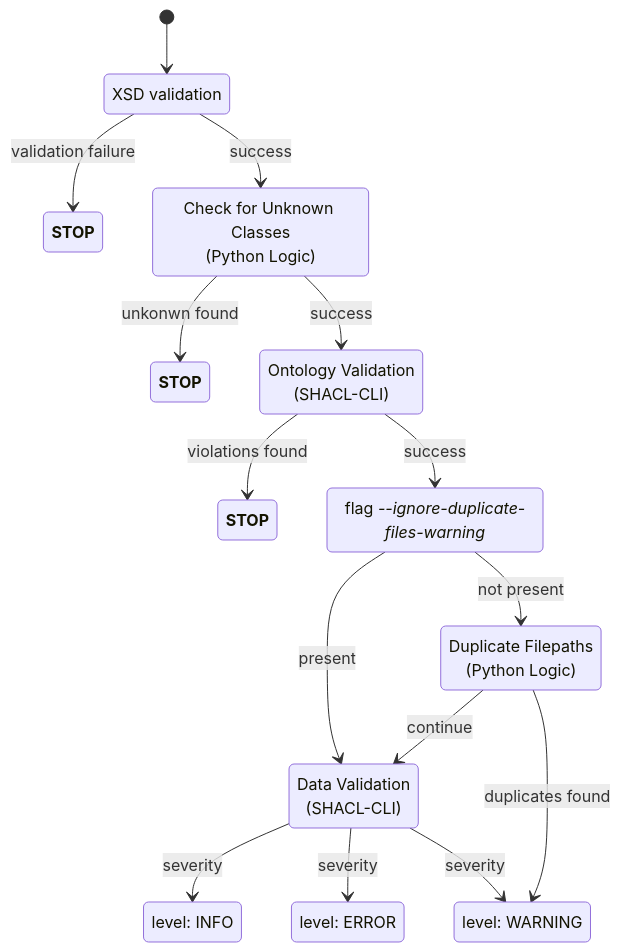
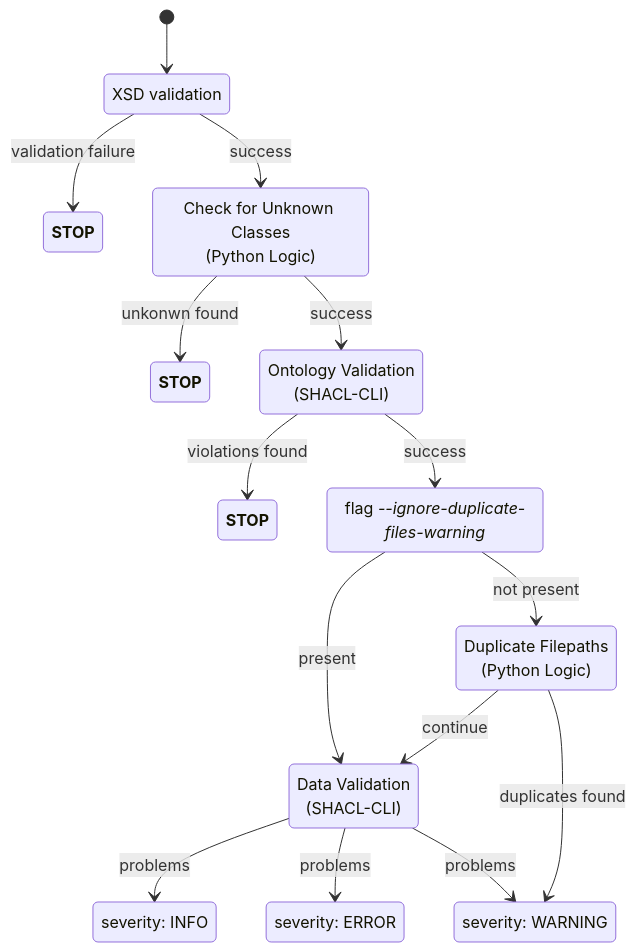
One commit to dasch-swiss/dsp-tools changed the fourth of 4 diagrams in docs/developers/architecture.md. Above: the diagram before and after it, drawn with Mermaid.

````diff
--- a/docs/developers/architecture.md
+++ b/docs/developers/architecture.md
@@ -138,31 +138,31 @@
 ```mermaid
 stateDiagram-v2
 
 state "XSD validation" as XSD
 state "<b>STOP<b>" as stopXSD
 state "Check for Unknown Classes<br>(Python Logic)" as unknownCls
 state "<b>STOP<b>" as stopUnknown
 state "Ontology Validation<br>(SHACL-CLI)" as ontoVal
 state "<b>STOP<b>" as ontoViolation
 state "flag <em>--ignore-duplicate-files-warning<em>" as ignoreF
 state "Duplicate Filepaths<br>(Python Logic)" as duplicFile
-state "level: WARNING" as warning
-state "level: INFO" as info
-state "level: ERROR" as err
+state "severity: WARNING" as warning
+state "severity: INFO" as info
+state "severity: ERROR" as err
 state "Data Validation<br>(SHACL-CLI)" as dataSH
 
     [*] --> XSD
     XSD --> stopXSD: validation failure
     XSD --> unknownCls: success
     unknownCls --> stopUnknown: unkonwn found
     unknownCls --> ontoVal: success
     ontoVal --> ontoViolation: violations found
     ontoVal --> ignoreF: success
     ignoreF --> dataSH: present
     ignoreF --> duplicFile: not present
     duplicFile --> dataSH: continue
     duplicFile --> warning: duplicates found
-    dataSH --> info: severity
-    dataSH --> err: severity
-    dataSH --> warning: severity
+    dataSH --> info: problems
+    dataSH --> err: problems
+    dataSH --> warning: problems
 ```
````
